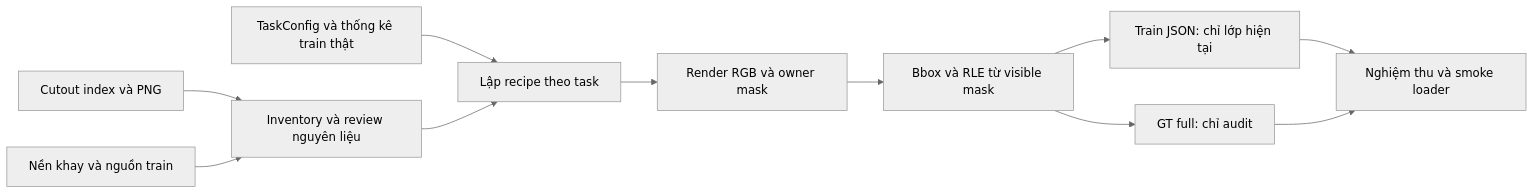
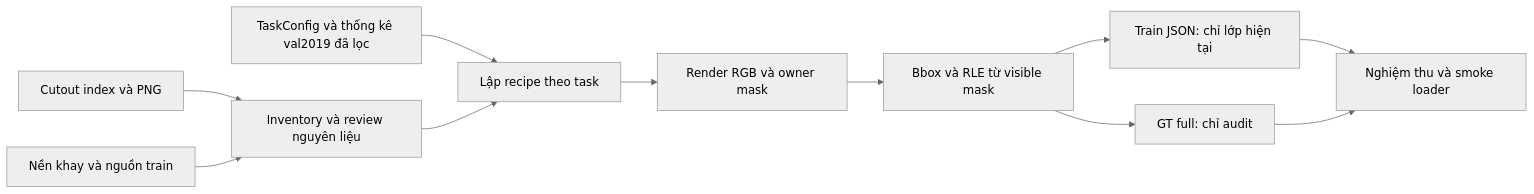
The diagram in docs/project/synthetic-data-v2-design-2026-10-20.md (sakanaowo/AutoCheckout-CL), drawn with Mermaid (neutral theme) before and after one commit. The commit also changed other lines of this file and 13 other files, not shown here.

````diff
--- a/docs/project/synthetic-data-v2-design-2026-10-20.md
+++ b/docs/project/synthetic-data-v2-design-2026-10-20.md
@@ -55,13 +67,13 @@
 ```mermaid
 flowchart LR
     A[Cutout index và PNG] --> B[Inventory và review nguyên liệu]
     C[Nền khay và nguồn train] --> B
-    D[TaskConfig và thống kê train thật] --> E[Lập recipe theo task]
+    D[TaskConfig và thống kê val2019 đã lọc] --> E[Lập recipe theo task]
     B --> E
     E --> F[Render RGB và owner mask]
     F --> G[Bbox và RLE từ visible mask]
     G --> H[Train JSON: chỉ lớp hiện tại]
     G --> I[GT full: chỉ audit]
     H --> J[Nghiệm thu và smoke loader]
     I --> J
 ```
````
